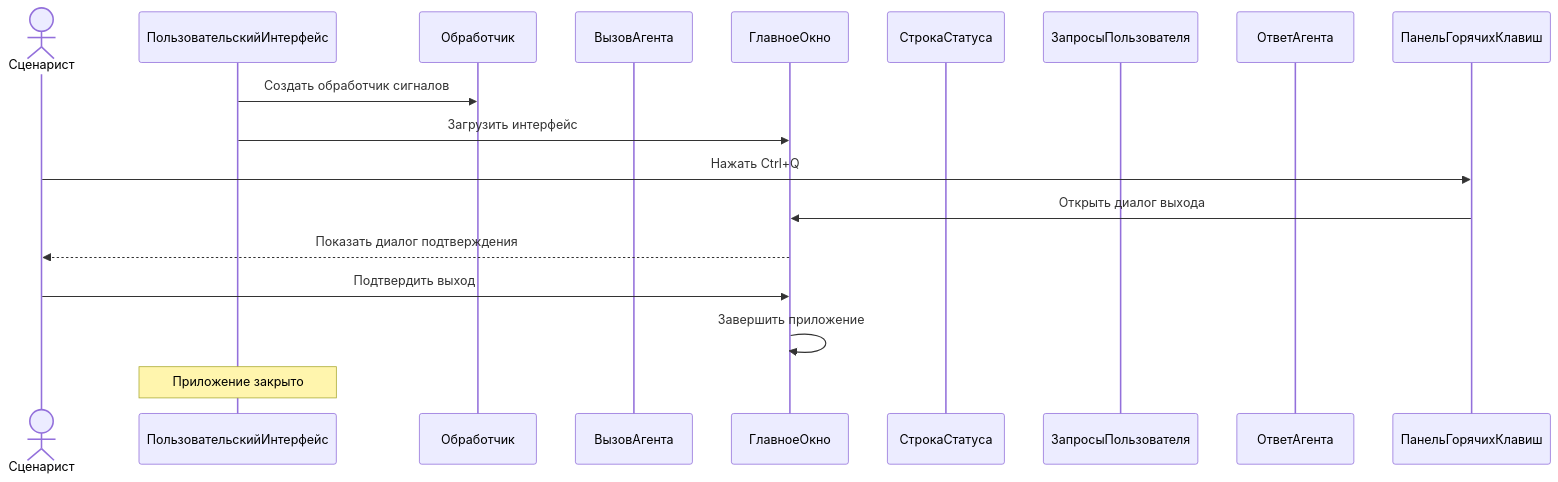
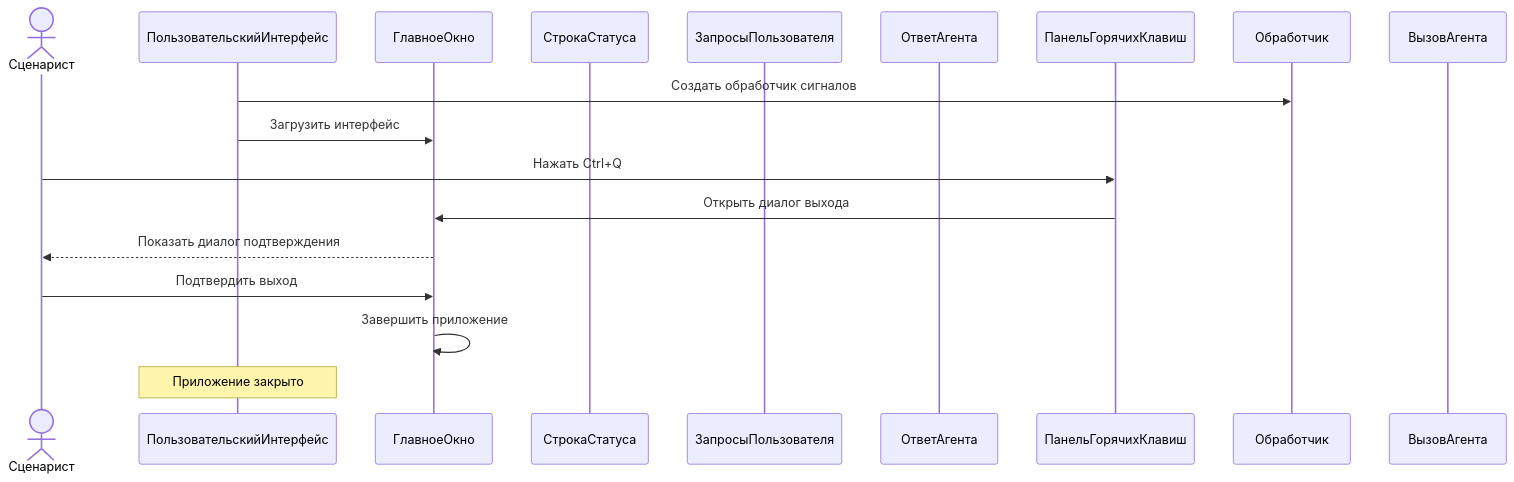
One commit to CHSU-scenarAIst/diagrammy changed the third of 3 diagrams in Пакет Интерфейс пользователя/2. Диаграмма последовательностей взаимодействия объектов классов пакета.md. Above: the diagram before and after it, drawn with Mermaid. The commit also changed other lines of this file and 18 other files, not shown here.

````diff
--- a/Пакет Интерфейс пользователя/2. Диаграмма последовательностей взаимодействия объектов классов пакета.md
+++ b/Пакет Интерфейс пользователя/2. Диаграмма последовательностей взаимодействия объектов классов пакета.md
@@ -85,21 +82,21 @@
 ```mermaid
 sequenceDiagram
     actor Сценарист
     participant ПользовательскийИнтерфейс
-    participant Обработчик
-    participant ВызовАгента
     participant ГлавноеОкно
     participant СтрокаСтатуса
     participant ЗапросыПользователя
     participant ОтветАгента
     participant ПанельГорячихКлавиш
+    participant Обработчик
+    participant ВызовАгента
 
     ПользовательскийИнтерфейс->>Обработчик: Создать обработчик сигналов
     ПользовательскийИнтерфейс->>ГлавноеОкно: Загрузить интерфейс
     Сценарист->>ПанельГорячихКлавиш: Нажать Ctrl+Q
     ПанельГорячихКлавиш->>ГлавноеОкно: Открыть диалог выхода
     ГлавноеОкно-->>Сценарист: Показать диалог подтверждения
     Сценарист->>ГлавноеОкно: Подтвердить выход
     ГлавноеОкно->>ГлавноеОкно: Завершить приложение
     Note over ПользовательскийИнтерфейс: Приложение закрыто
 ```
````
